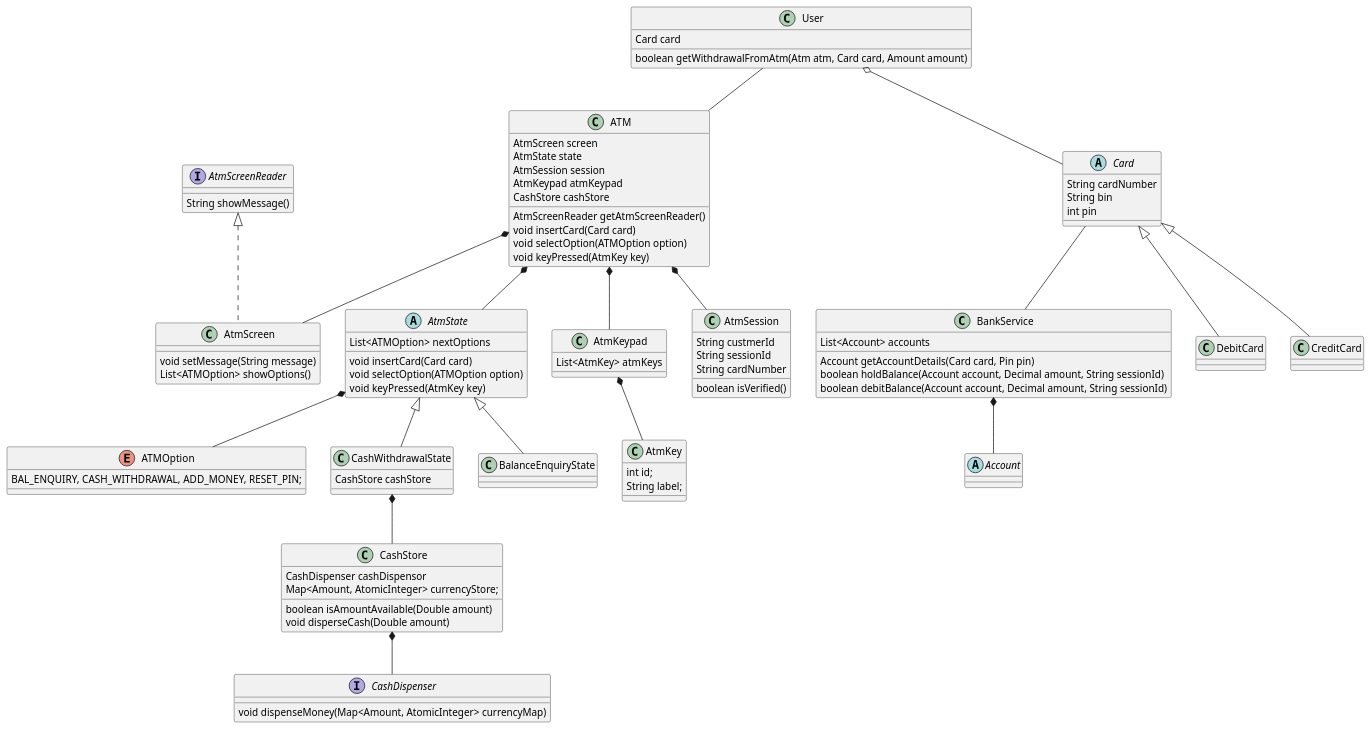
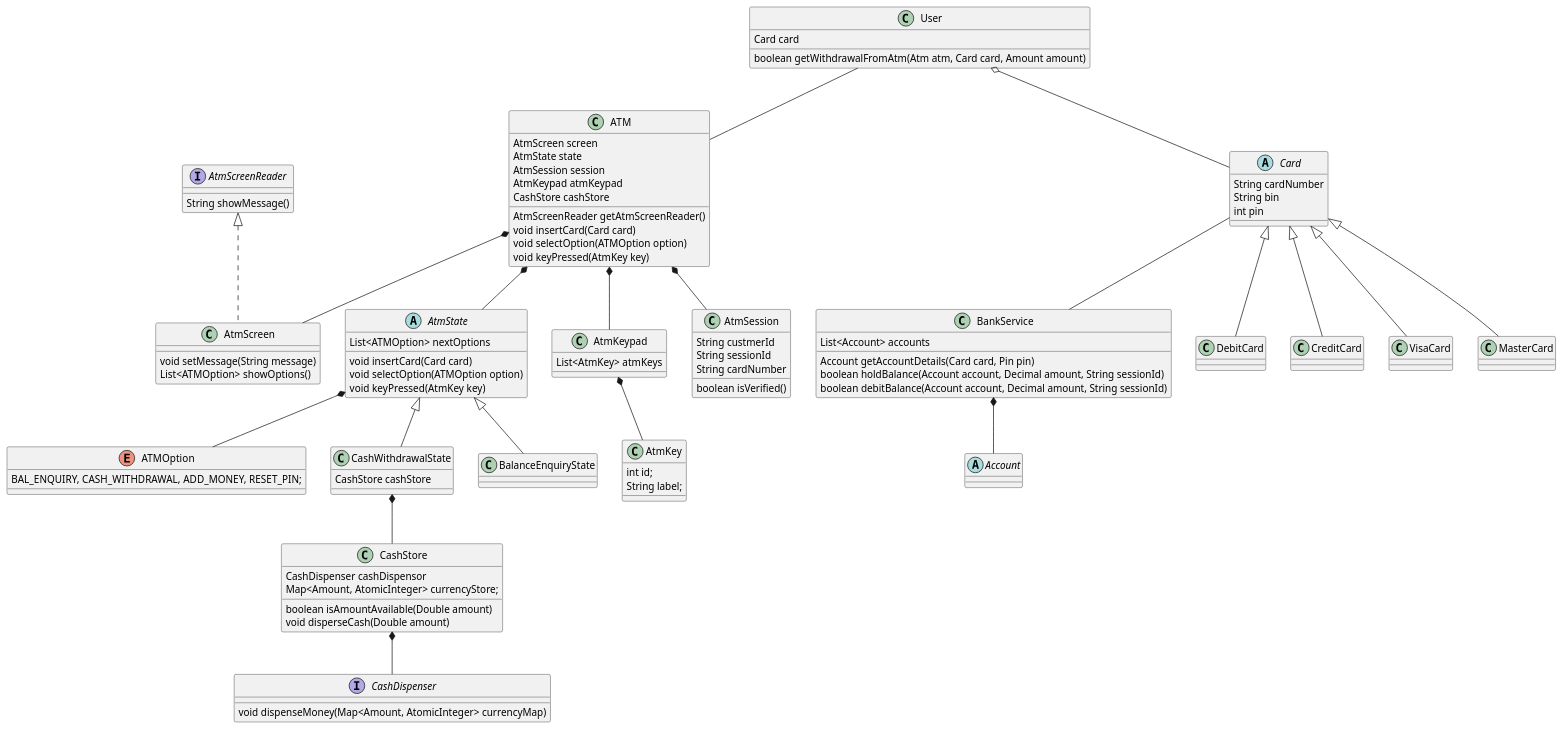
The diagram in lowLevelDesigns/6. ATM/ClassDiagram.puml (shashank1993/LLDInterviews), drawn with PlantUML before and after one commit. The commit also changed 13 other files, not shown here.

```diff
--- a/lowLevelDesigns/6. ATM/ClassDiagram.puml
+++ b/lowLevelDesigns/6. ATM/ClassDiagram.puml
@@ -1,115 +1,120 @@
 @startuml
 'https://plantuml.com/class-diagram
 
 class ATM {
     AtmScreen screen
     AtmState state
     AtmSession session
     AtmKeypad atmKeypad
     CashStore cashStore
 
     AtmScreenReader getAtmScreenReader()
     void insertCard(Card card)
     /'void insertPin(int pin) '/
     void selectOption(ATMOption option)
     void keyPressed(AtmKey key)
 
 }
 
 abstract class AtmState {
     List<ATMOption> nextOptions
     void insertCard(Card card)
     void selectOption(ATMOption option)
     void keyPressed(AtmKey key)
 }
 
 ATM *-- AtmState
 AtmState *-- ATMOption
 
 class CashWithdrawalState extends AtmState {
     CashStore cashStore
 }
 class BalanceEnquiryState extends AtmState
 
 CashWithdrawalState *-- CashStore
 class CashStore {
 
     CashDispenser cashDispensor
     Map<Amount, AtomicInteger> currencyStore;
 
     boolean isAmountAvailable(Double amount)
     void disperseCash(Double amount)
 
 }
 
 interface CashDispenser {
     void dispenseMoney(Map<Amount, AtomicInteger> currencyMap)
 }
 CashStore *-- CashDispenser
 class AtmKeypad {
     List<AtmKey> atmKeys
 }
 class AtmKey {
     int id;
     String label;
 }
 
 AtmKeypad *-- AtmKey
 ATM *-- AtmKeypad
 
 class BankService {
     List<Account> accounts
     Account getAccountDetails(Card card, Pin pin)
     boolean holdBalance(Account account, Decimal amount, String sessionId)
     boolean debitBalance(Account account, Decimal amount, String sessionId)
 }
 
 abstract Account {
 }
 
 class AtmSession {
     String custmerId
     String sessionId
     String cardNumber
     boolean isVerified()
 
 }
 ATM *-- AtmSession
 abstract class Card {
     String cardNumber
     String bin
     int pin
 }
 
 Card -- BankService
 User o-- Card
 BankService *-- Account
 
 class DebitCard extends Card {
 }
 
 class CreditCard extends Card {
 }
 
+class VisaCard extends Card {
+}
+
+class MasterCard extends Card {
+}
 
 ATM *-- AtmScreen
 interface AtmScreenReader {
     String showMessage()
 }
 
 class AtmScreen implements AtmScreenReader {
     void setMessage(String message)
     List<ATMOption> showOptions()
 }
 
 enum ATMOption{
     BAL_ENQUIRY, CASH_WITHDRAWAL, ADD_MONEY, RESET_PIN;
 }
 
 class User {
    Card card
    boolean getWithdrawalFromAtm(Atm atm, Card card, Amount amount)
 }
 
 User -- ATM
 @enduml
```
